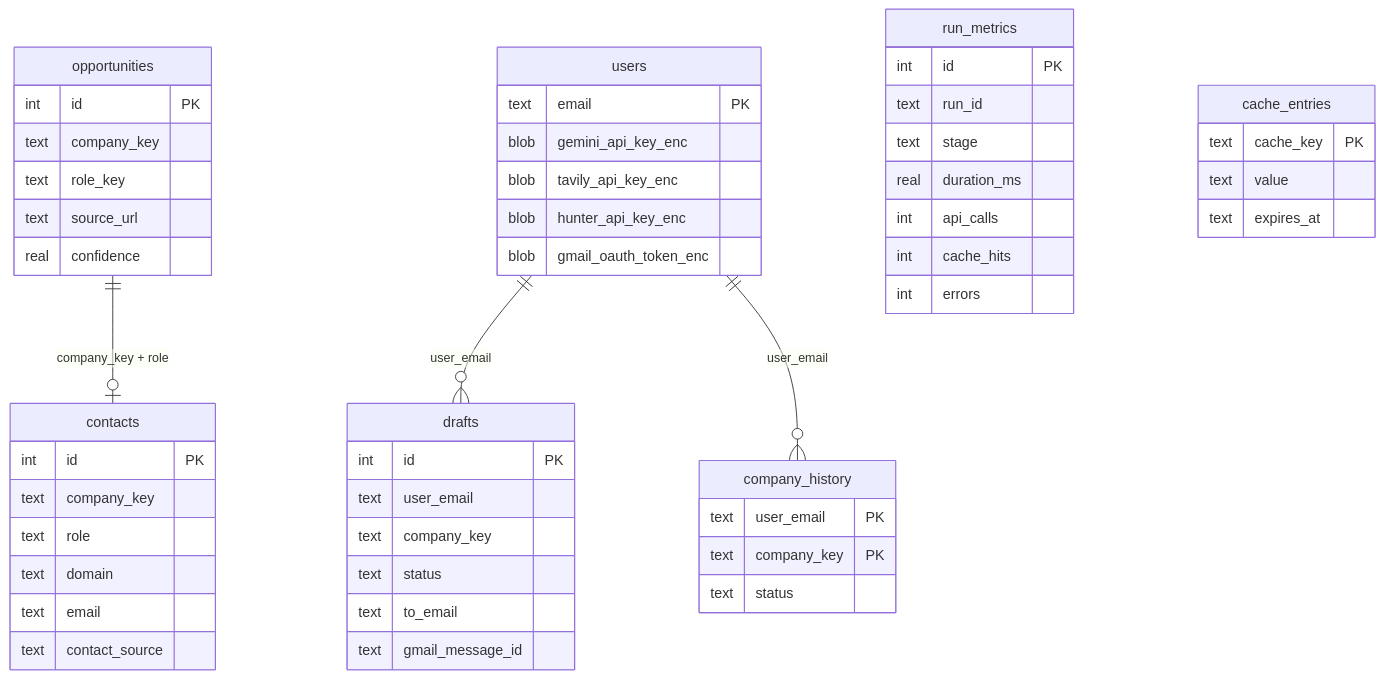
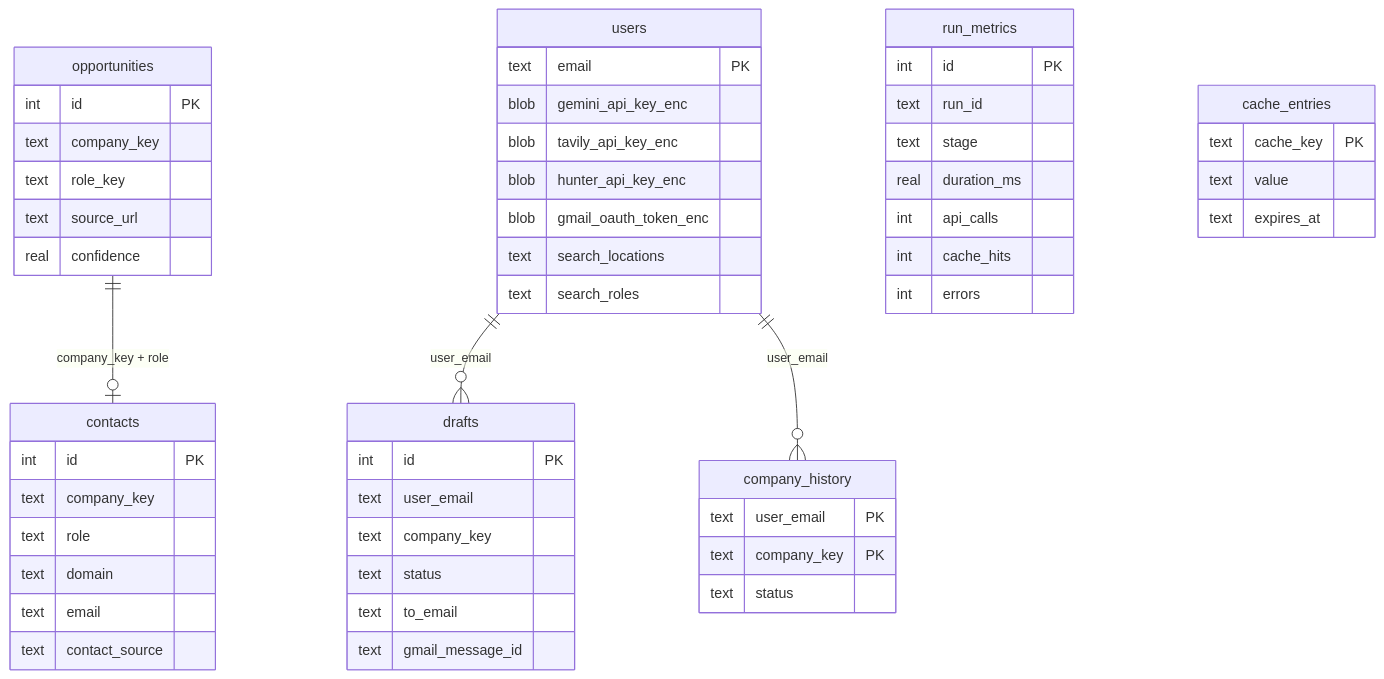
The second of 2 diagrams in ARCHITECTURE.md (ksm0712/internship-agent), drawn with Mermaid before and after one commit. The commit also changed other lines of this file and 39 other files, not shown here.

````diff
--- a/ARCHITECTURE.md
+++ b/ARCHITECTURE.md
@@ -56,56 +45,58 @@
 ```mermaid
 erDiagram
     opportunities {
         int id PK
         text company_key
         text role_key
         text source_url
         real confidence
     }
     contacts {
         int id PK
         text company_key
         text role
         text domain
         text email
         text contact_source
     }
     users {
         text email PK
         blob gemini_api_key_enc
         blob tavily_api_key_enc
         blob hunter_api_key_enc
         blob gmail_oauth_token_enc
+        text search_locations
+        text search_roles
     }
     drafts {
         int id PK
         text user_email
         text company_key
         text status
         text to_email
         text gmail_message_id
     }
     company_history {
         text user_email PK
         text company_key PK
         text status
     }
     run_metrics {
         int id PK
         text run_id
         text stage
         real duration_ms
         int api_calls
         int cache_hits
         int errors
     }
     cache_entries {
         text cache_key PK
         text value
         text expires_at
     }
 
     users ||--o{ drafts : "user_email"
     users ||--o{ company_history : "user_email"
     opportunities ||--o| contacts : "company_key + role"
 ```
````
